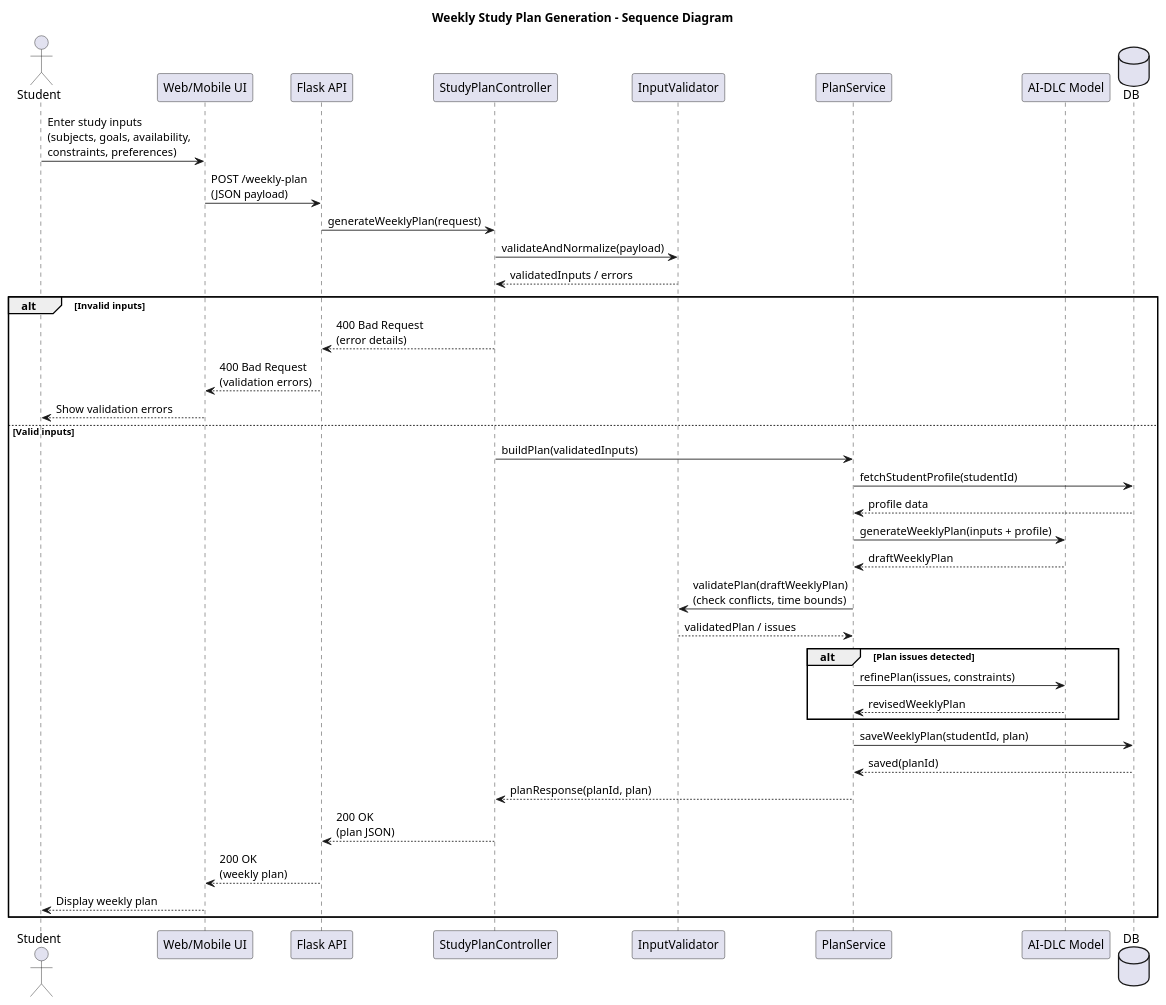
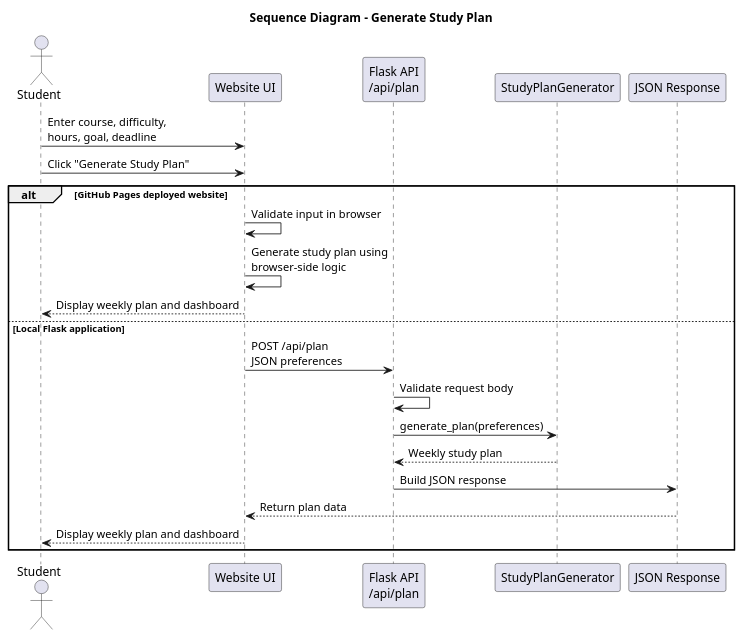
One commit to lanxiaolan333/DTS114-ai-study-planner changed the diagram in Task1/generated_project/artifacts/uml_sequence.puml. Above: the diagram before and after it, drawn with PlantUML. The commit also changed 5 other files, not shown here.

Commit message:
Update PlantUML sources and rendered UML PNG exports

```diff
--- a/Task1/generated_project/artifacts/uml_sequence.puml
+++ b/Task1/generated_project/artifacts/uml_sequence.puml
@@ -1,44 +1,27 @@
 @startuml
-title Weekly Study Plan Generation - Sequence Diagram
+title Sequence Diagram - Generate Study Plan
 
 actor Student
-participant "Web/Mobile UI" as UI
-participant "Flask API" as API
-participant "StudyPlanController" as SPC
-participant "InputValidator" as VAL
-participant "PlanService" as SVC
-participant "AI-DLC Model" as MODEL
-database "DB" as DB
+participant "Website UI" as Website
+participant "Flask API\n/api/plan" as API
+participant "StudyPlanGenerator" as Planner
+participant "JSON Response" as Response
 
-Student -> UI: Enter study inputs\n(subjects, goals, availability,\nconstraints, preferences)
-UI -> API: POST /weekly-plan\n(JSON payload)
+Student -> Website : Enter course, difficulty,\nhours, goal, deadline
+Student -> Website : Click "Generate Study Plan"
 
-API -> SPC: generateWeeklyPlan(request)
-SPC -> VAL: validateAndNormalize(payload)
-VAL --> SPC: validatedInputs / errors
-
-alt Invalid inputs
-  SPC --> API: 400 Bad Request\n(error details)
-  API --> UI: 400 Bad Request\n(validation errors)
-  UI --> Student: Show validation errors
-else Valid inputs
-  SPC -> SVC: buildPlan(validatedInputs)
-  SVC -> DB: fetchStudentProfile(studentId)
-  DB --> SVC: profile data
-  SVC -> MODEL: generateWeeklyPlan(inputs + profile)
-  MODEL --> SVC: draftWeeklyPlan
-  SVC -> VAL: validatePlan(draftWeeklyPlan)\n(check conflicts, time bounds)
-  VAL --> SVC: validatedPlan / issues
-  alt Plan issues detected
-    SVC -> MODEL: refinePlan(issues, constraints)
-    MODEL --> SVC: revisedWeeklyPlan
-  end
-  SVC -> DB: saveWeeklyPlan(studentId, plan)
-  DB --> SVC: saved(planId)
-  SVC --> SPC: planResponse(planId, plan)
-  SPC --> API: 200 OK\n(plan JSON)
-  API --> UI: 200 OK\n(weekly plan)
-  UI --> Student: Display weekly plan
+alt GitHub Pages deployed website
+  Website -> Website : Validate input in browser
+  Website -> Website : Generate study plan using\nbrowser-side logic
+  Website --> Student : Display weekly plan and dashboard
+else Local Flask application
+  Website -> API : POST /api/plan\nJSON preferences
+  API -> API : Validate request body
+  API -> Planner : generate_plan(preferences)
+  Planner --> API : Weekly study plan
+  API -> Response : Build JSON response
+  Response --> Website : Return plan data
+  Website --> Student : Display weekly plan and dashboard
 end
 
 @enduml
```
